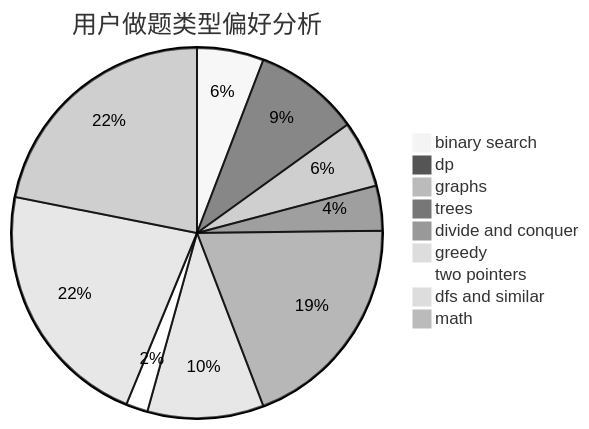
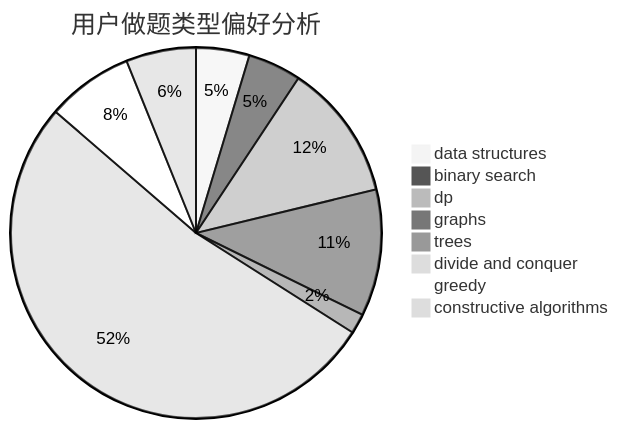
The second of 3 diagrams in docs/user/u345.md (sherpahu/cfrs.github.io), drawn with Mermaid (neutral theme) before and after one commit. The commit also changed other lines of this file and 2775 other files, not shown here.

````diff
--- a/docs/user/u345.md
+++ b/docs/user/u345.md
@@ -23,12 +23,11 @@
 ```mermaid
 pie title 用户做题类型偏好分析
-    "binary search" :  58
-    "dp" :  92
-    "graphs" :  58
-    "trees" :  39
-    "divide and conquer" :  193
-    "greedy" :  101
-    "two pointers" :  19
-    "dfs and similar" :  218
-    "math" :  218
+    "data structures" :  16
+    "binary search" :  16
+    "dp" :  41
+    "graphs" :  38
+    "trees" :  6
+    "divide and conquer" :  180
+    "greedy" :  26
+    "constructive algorithms" :  21
 ```
````
